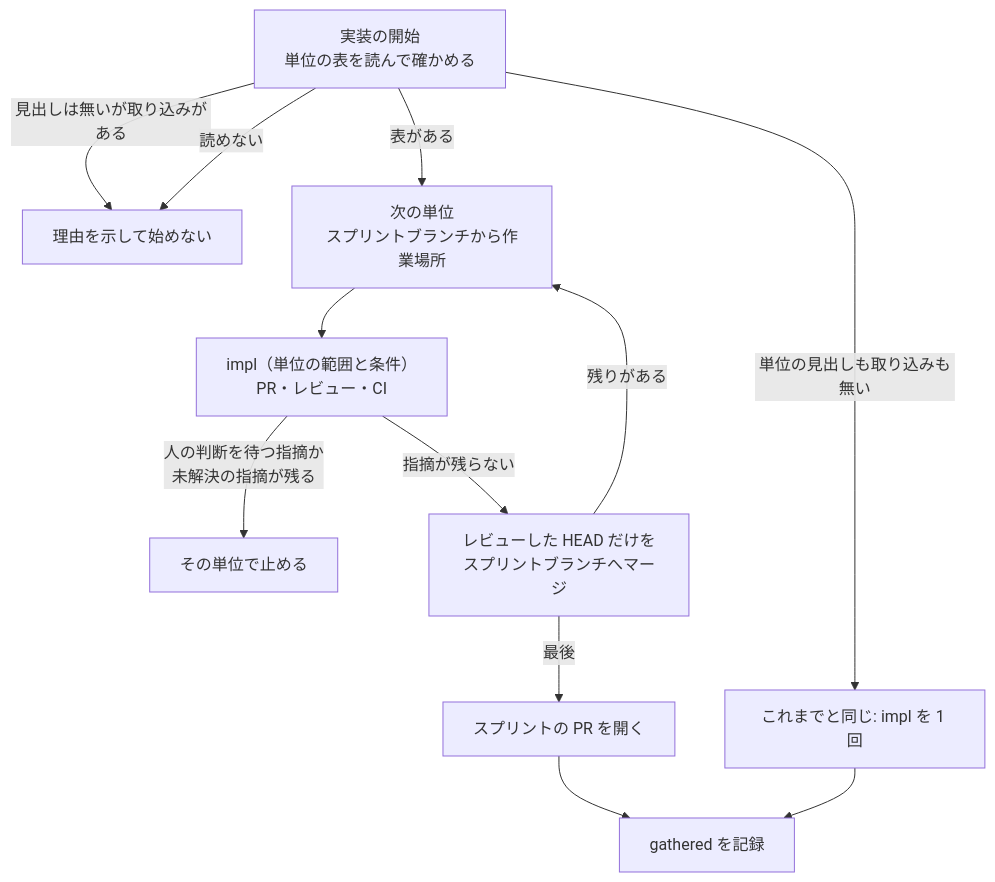
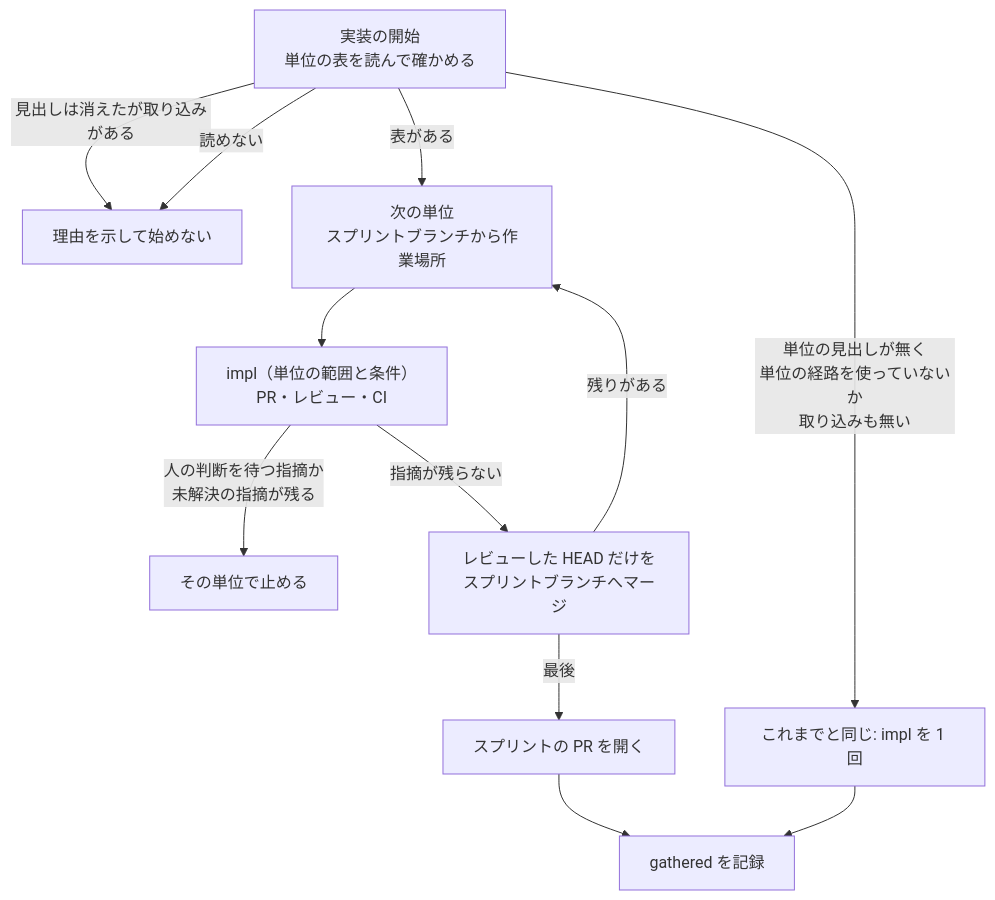
Before and after one commit to devbasex/ai-plugins: the second of 3 diagrams in issues/issue-4369-design.md, drawn with Mermaid. The commit also changed other lines of this file and 1 other file, not shown here.

````diff
--- a/issues/issue-4369-design.md
+++ b/issues/issue-4369-design.md
@@ -41,14 +41,14 @@
 ```mermaid
 flowchart TB
-  S["実装の開始<br/>単位の表を読んで確かめる"] -->|単位の見出しも取り込みも無い| OLD["これまでと同じ: impl を 1 回"]
-  S -->|見出しは無いが取り込みがある| STOP
+  S["実装の開始<br/>単位の表を読んで確かめる"] -->|単位の見出しが無く<br/>単位の経路を使っていないか<br/>取り込みも無い| OLD["これまでと同じ: impl を 1 回"]
+  S -->|見出しは消えたが取り込みがある| STOP
   S -->|読めない| STOP["理由を示して始めない"]
   S -->|表がある| U["次の単位<br/>スプリントブランチから作業場所"]
   U --> PL["impl（単位の範囲と条件）<br/>PR・レビュー・CI"]
   PL -->|人の判断を待つ指摘か<br/>未解決の指摘が残る| STOP2["その単位で止める"]
   PL -->|指摘が残らない| M["レビューした HEAD だけを<br/>スプリントブランチへマージ"]
   M -->|残りがある| U
   M -->|最後| PR["スプリントの PR を開く"]
   PR --> G["gathered を記録"]
   OLD --> G
 ```
````
